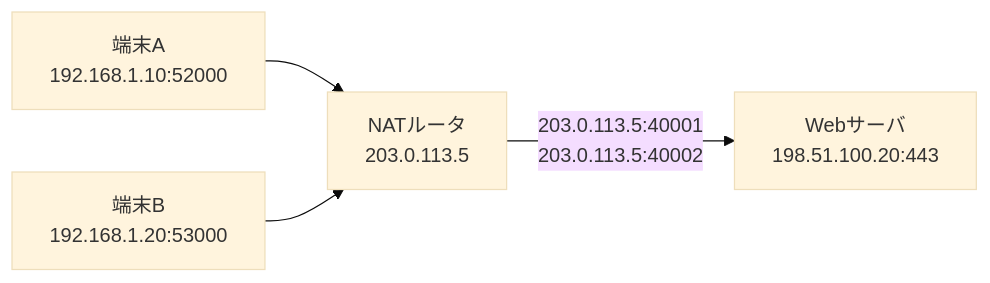
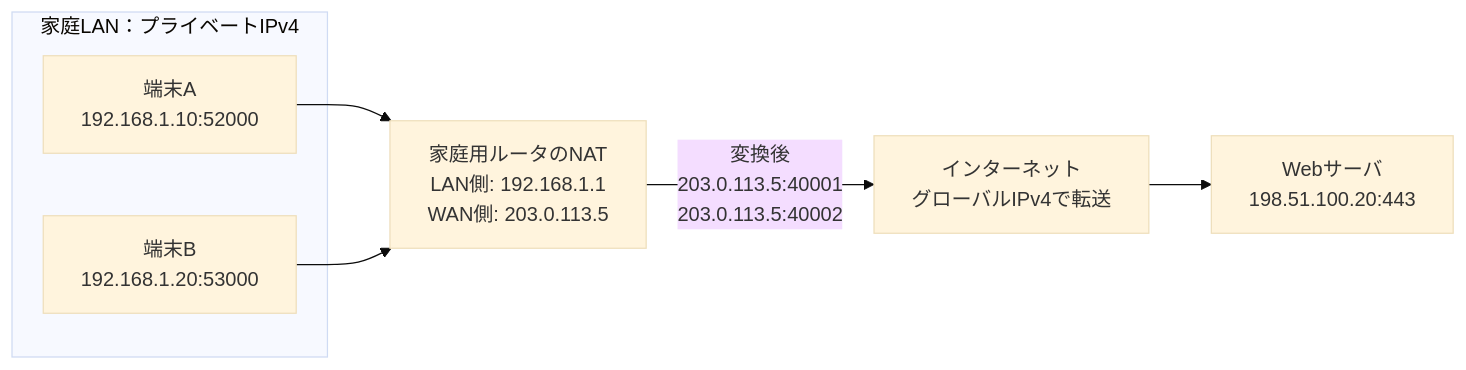
One commit to u27947ffd7j678Organization/network-security-textbook changed the diagram in 本文/第2部_IPネットワークの基礎/第08章_NAT.md. Above: the diagram before and after it, drawn with Mermaid (base theme). The commit also changed other lines of this file, not shown here.

Commit message:
レビュー反映 第2部第08章のIPv4不足説明を改善

````diff
--- a/本文/第2部_IPネットワークの基礎/第08章_NAT.md
+++ b/本文/第2部_IPネットワークの基礎/第08章_NAT.md
@@ -60,10 +62,13 @@
 ```mermaid
 flowchart LR
-    PC1["端末A<br/>192.168.1.10:52000"]
-    PC2["端末B<br/>192.168.1.20:53000"]
-    NAT["NATルータ<br/>203.0.113.5"]
+    subgraph LAN["家庭LAN：プライベートIPv4"]
+        PC1["端末A<br/>192.168.1.10:52000"]
+        PC2["端末B<br/>192.168.1.20:53000"]
+    end
+    NAT["家庭用ルータのNAT<br/>LAN側: 192.168.1.1<br/>WAN側: 203.0.113.5"]
+    INTERNET["インターネット<br/>グローバルIPv4で転送"]
     WEB["Webサーバ<br/>198.51.100.20:443"]
     PC1 --> NAT
     PC2 --> NAT
-    NAT -- "203.0.113.5:40001<br/>203.0.113.5:40002" --> WEB
+    NAT -- "変換後<br/>203.0.113.5:40001<br/>203.0.113.5:40002" --> INTERNET --> WEB
 ```
````
